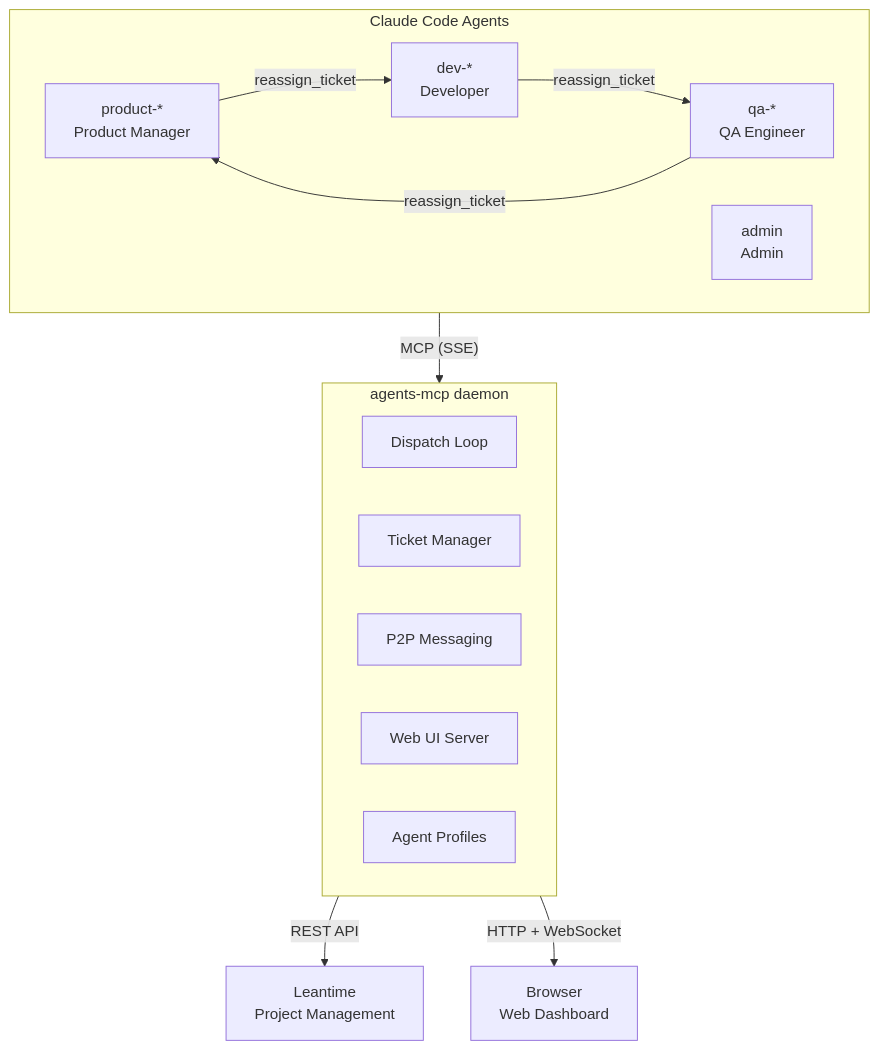
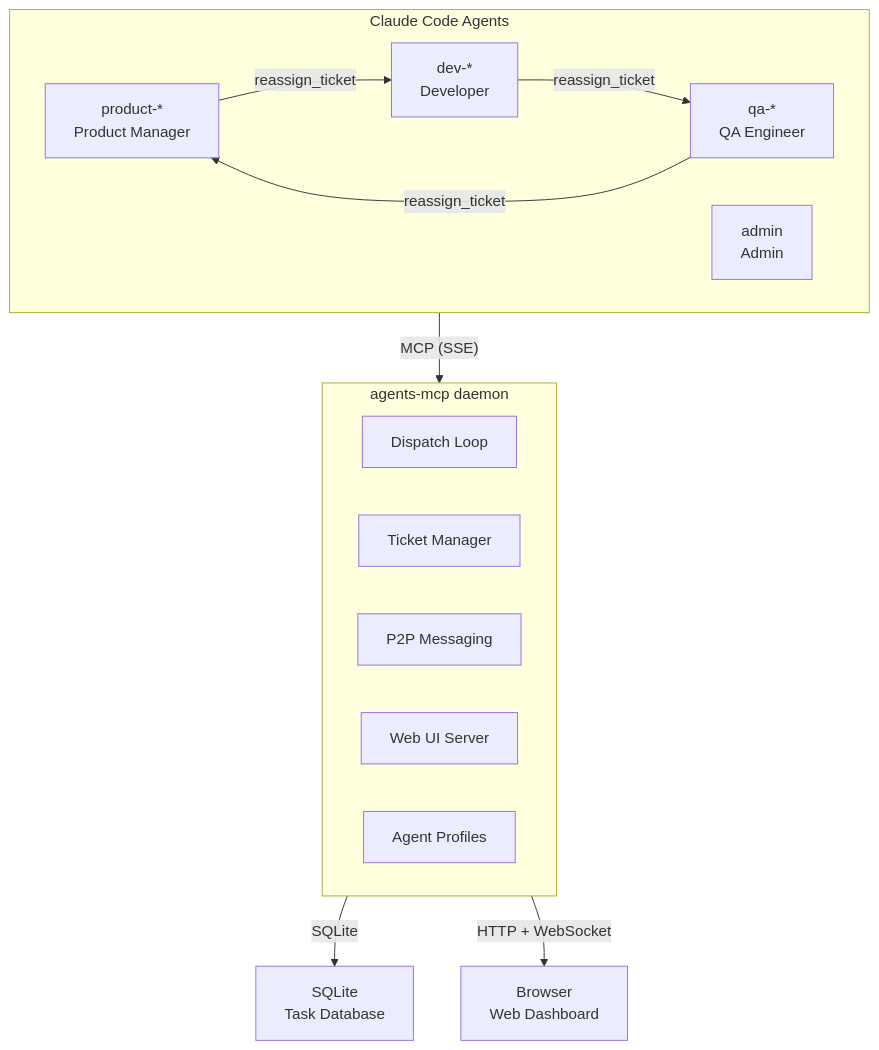
One commit to dragonghy/agents changed the diagram in README.md. Above: the diagram before and after it, drawn with Mermaid. The commit also changed other lines of this file and 74 other files, not shown here.

````diff
--- a/README.md
+++ b/README.md
@@ -63,28 +63,28 @@
 ```mermaid
 graph TB
     subgraph daemon["agents-mcp daemon"]
         dispatch["Dispatch Loop"]
         tickets["Ticket Manager"]
         messaging["P2P Messaging"]
         webui["Web UI Server"]
         profiles["Agent Profiles"]
     end
 
     subgraph agents["Claude Code Agents"]
         product["product-*<br/>Product Manager"]
         dev["dev-*<br/>Developer"]
         qa["qa-*<br/>QA Engineer"]
         admin["admin<br/>Admin"]
     end
 
-    leantime["Leantime<br/>Project Management"]
+    taskdb["SQLite<br/>Task Database"]
     browser["Browser<br/>Web Dashboard"]
 
     agents -- "MCP (SSE)" --> daemon
-    daemon -- "REST API" --> leantime
+    daemon -- "SQLite" --> taskdb
     daemon -- "HTTP + WebSocket" --> browser
 
     product -- "reassign_ticket" --> dev
     dev -- "reassign_ticket" --> qa
     qa -- "reassign_ticket" --> product
 ```
````
